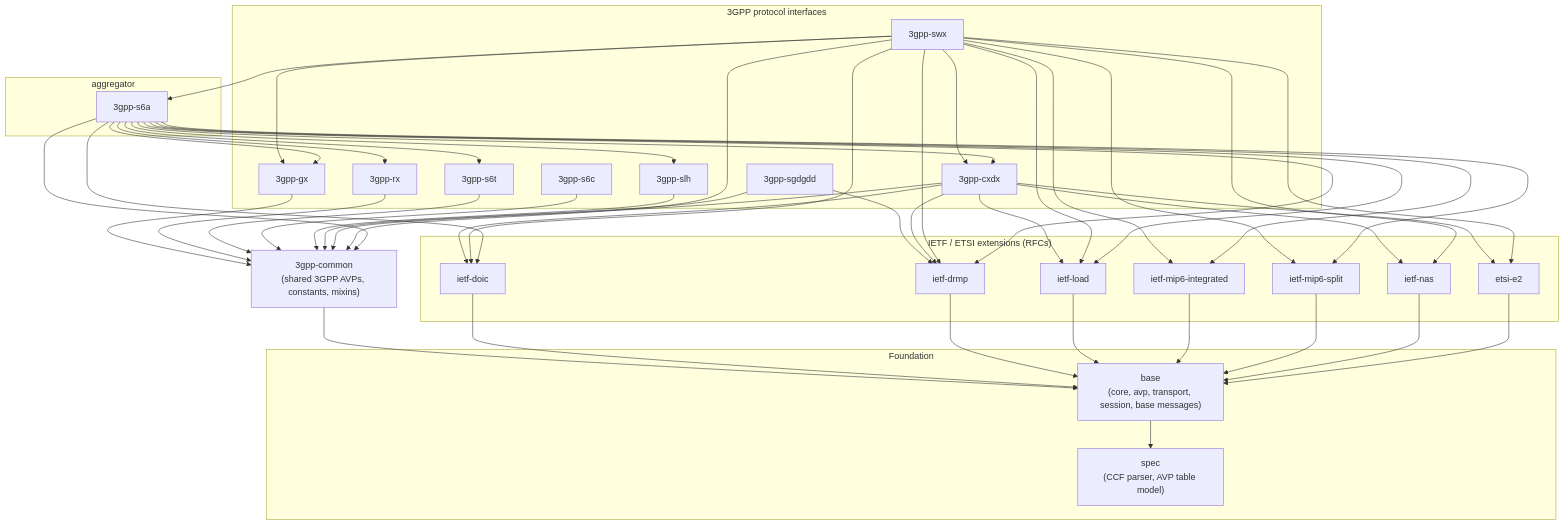
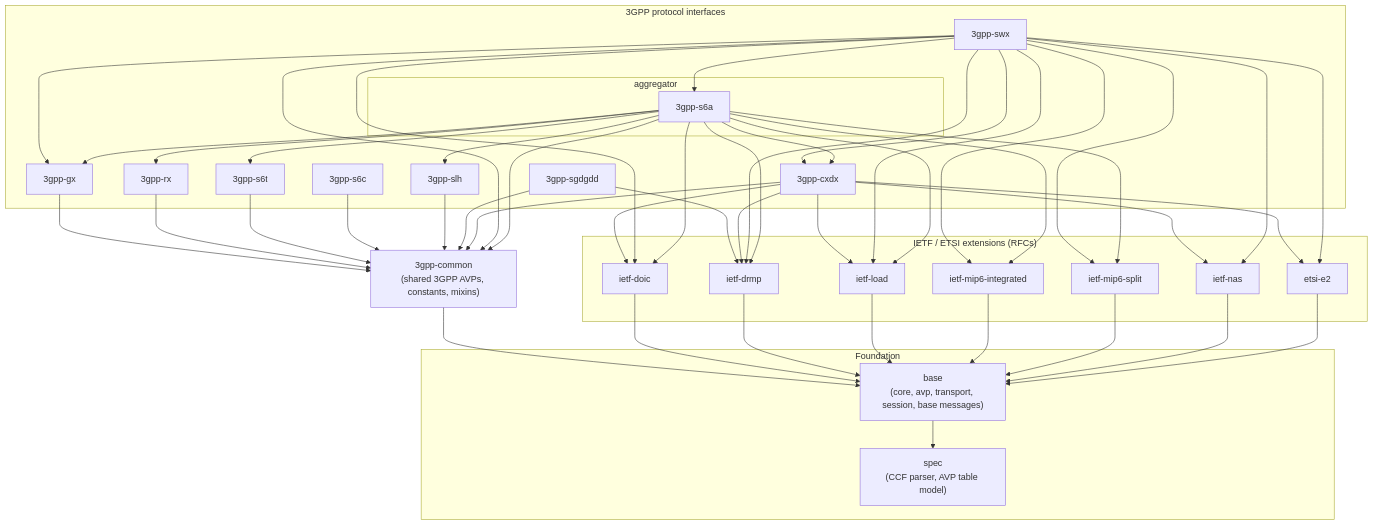
One commit to sipgate/sparta-diameter changed the diagram in README.md. Above: the diagram before and after it, drawn with Mermaid. The commit also changed 49 other files, not shown here.

```diff
--- a/README.md
+++ b/README.md
@@ -87,11 +87,13 @@
         slh["3gpp-slh"]
         cxdx["3gpp-cxdx"]
         swx["3gpp-swx"]
+
+
+        subgraph aggregator["aggregator"]
+            s6a["3gpp-s6a"]
+        end
     end
 
-    subgraph aggregator["aggregator"]
-        s6a["3gpp-s6a"]
-    end
 
     base --> spec
     common --> base
```
